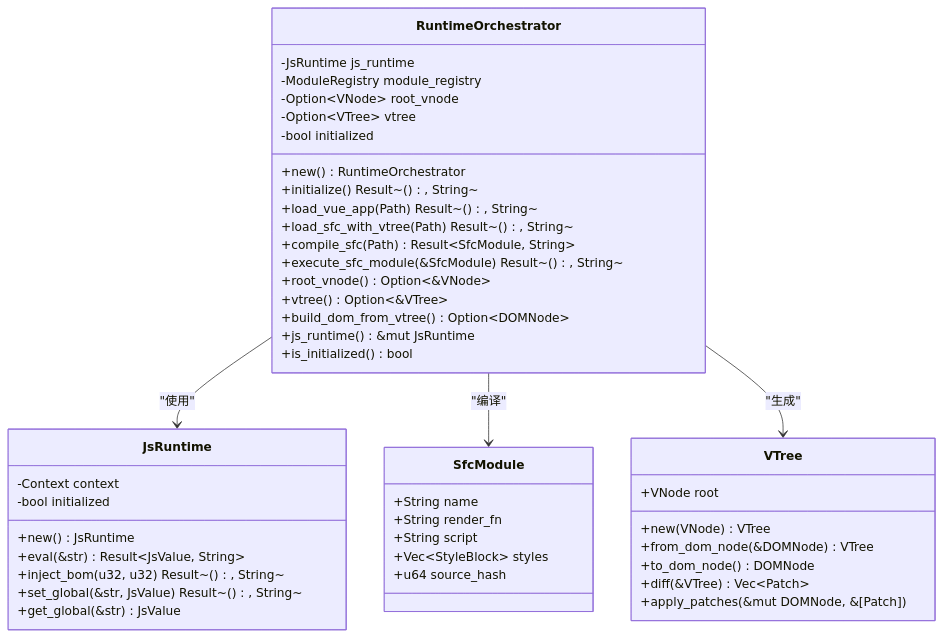
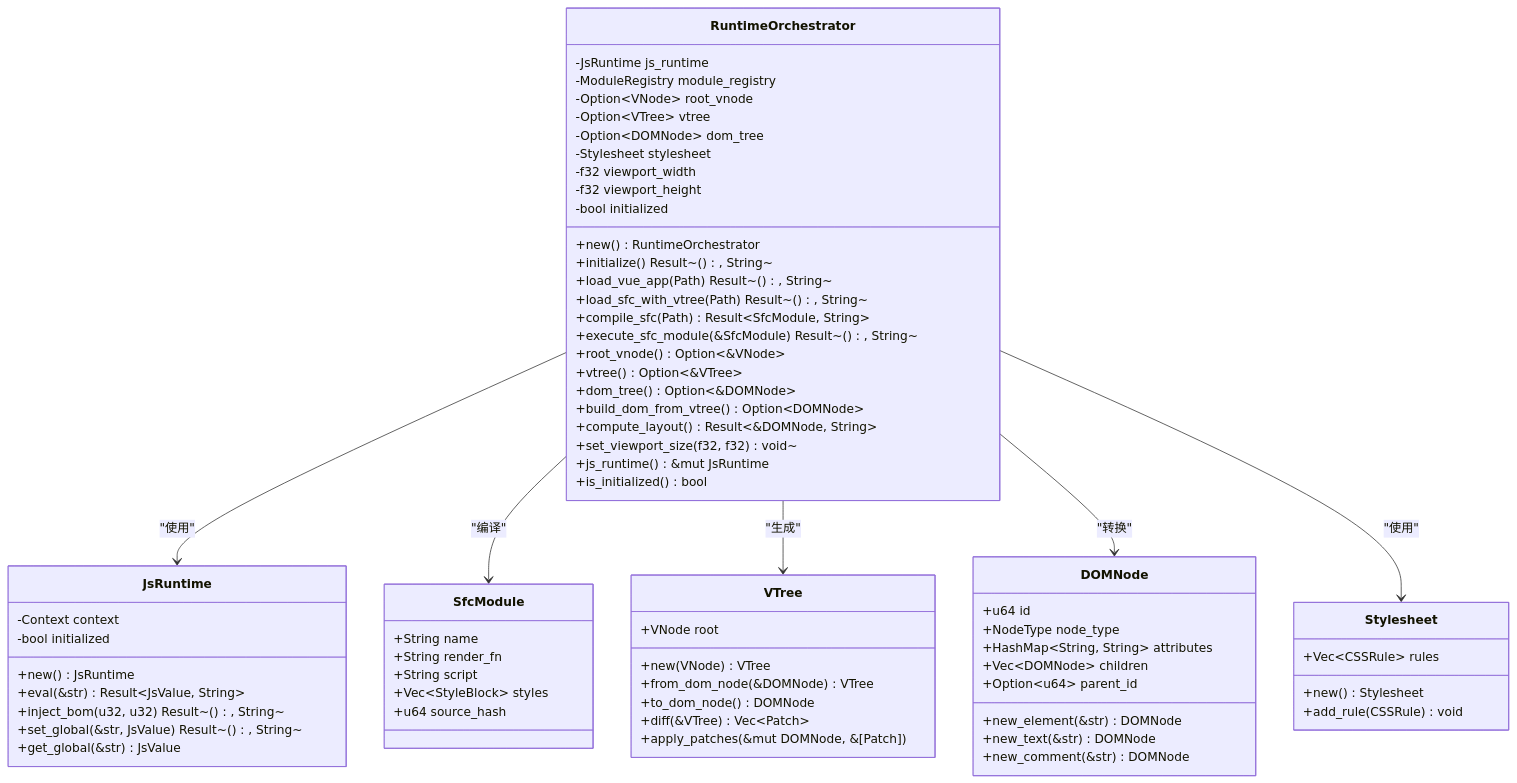
One commit to itszzl-sudo/iris changed the second of 14 diagrams in .qoder/repowiki/zh/content/技术架构详解/整体架构设计/Iris运行时协调器.md. Above: the diagram before and after it, drawn with Mermaid. The commit also changed other lines of this file and 2 other files, not shown here.

First line of the commit message:
Phase D 完成: Layout  GPU 渲染集成

````diff
--- a/.qoder/repowiki/zh/content/技术架构详解/整体架构设计/Iris运行时协调器.md
+++ b/.qoder/repowiki/zh/content/技术架构详解/整体架构设计/Iris运行时协调器.md
@@ -108,48 +115,72 @@
 ```mermaid
 classDiagram
 class RuntimeOrchestrator {
 -JsRuntime js_runtime
 -ModuleRegistry module_registry
 -Option~VNode~ root_vnode
 -Option~VTree~ vtree
+-Option~DOMNode~ dom_tree
+-Stylesheet stylesheet
+-f32 viewport_width
+-f32 viewport_height
 -bool initialized
 +new() RuntimeOrchestrator
 +initialize() Result~(), String~
 +load_vue_app(Path) Result~(), String~
 +load_sfc_with_vtree(Path) Result~(), String~
 +compile_sfc(Path) Result~SfcModule, String~
 +execute_sfc_module(&SfcModule) Result~(), String~
 +root_vnode() Option~&VNode~
 +vtree() Option~&VTree~
++dom_tree() Option~&DOMNode~
 +build_dom_from_vtree() Option~DOMNode~
++compute_layout() Result~&DOMNode, String~
++set_viewport_size(f32, f32) void~
 +js_runtime() &mut JsRuntime
 +is_initialized() bool
 }
 class JsRuntime {
 -Context context
 -bool initialized
 +new() JsRuntime
 +eval(&str) Result~JsValue, String~
 +inject_bom(u32, u32) Result~(), String~
 +set_global(&str, JsValue) Result~(), String~
 +get_global(&str) JsValue
 }
 class SfcModule {
 +String name
 +String render_fn
 +String script
 +Vec~StyleBlock~ styles
 +u64 source_hash
 }
 class VTree {
 +VNode root
 +new(VNode) VTree
 +from_dom_node(&DOMNode) VTree
 +to_dom_node() DOMNode
 +diff(&VTree) Vec~Patch~
 +apply_patches(&mut DOMNode, &[Patch])
 }
+class DOMNode {
++u64 id
++NodeType node_type
++HashMap~String, String~ attributes
++Vec~DOMNode~ children
++Option~u64~ parent_id
++new_element(&str) DOMNode
++new_text(&str) DOMNode
++new_comment(&str) DOMNode
+}
+class Stylesheet {
++Vec~CSSRule~ rules
++new() Stylesheet
++add_rule(CSSRule) void
+}
 RuntimeOrchestrator --> JsRuntime : "使用"
 RuntimeOrchestrator --> SfcModule : "编译"
 RuntimeOrchestrator --> VTree : "生成"
+RuntimeOrchestrator --> DOMNode : "转换"
+RuntimeOrchestrator --> Stylesheet : "使用"
 ```
````
